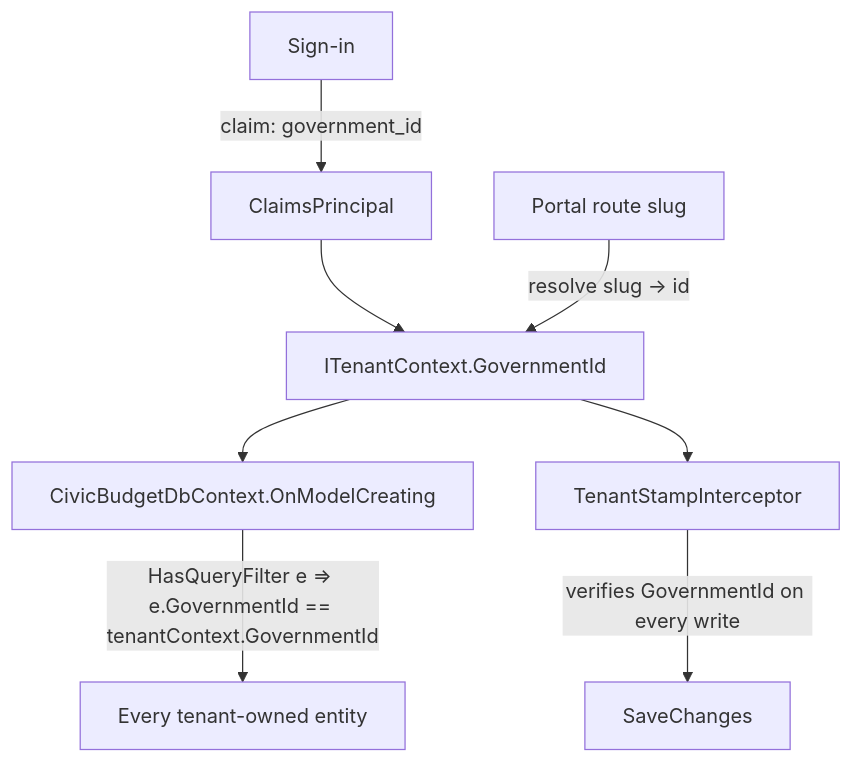
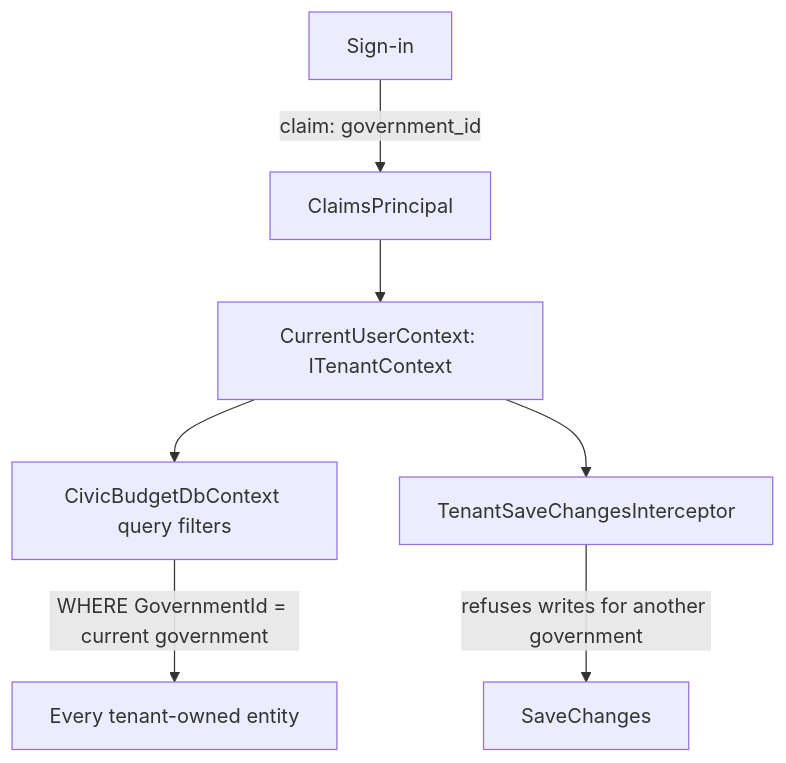
The fourth of 6 diagrams in docs/ARCHITECTURE.md (SpencerSmithSite/civic-budget), drawn with Mermaid before and after one commit. The commit also changed other lines of this file and 34 other files, not shown here.

````diff
--- a/docs/ARCHITECTURE.md
+++ b/docs/ARCHITECTURE.md
@@ -172,10 +196,9 @@
 ```mermaid
 graph TD
   A[Sign-in] -->|claim: government_id| B[ClaimsPrincipal]
-  B --> C[ITenantContext.GovernmentId]
-  R[Portal route slug] -->|resolve slug → id| C
-  C --> D[CivicBudgetDbContext.OnModelCreating]
-  D -->|HasQueryFilter e => e.GovernmentId == tenantContext.GovernmentId| E[Every tenant-owned entity]
-  C --> F[TenantStampInterceptor]
-  F -->|verifies GovernmentId on every write| G[SaveChanges]
+  B --> C[CurrentUserContext: ITenantContext]
+  C --> D[CivicBudgetDbContext query filters]
+  D -->|WHERE GovernmentId = current government| E[Every tenant-owned entity]
+  C --> F[TenantSaveChangesInterceptor]
+  F -->|refuses writes for another government| G[SaveChanges]
 ```
````
